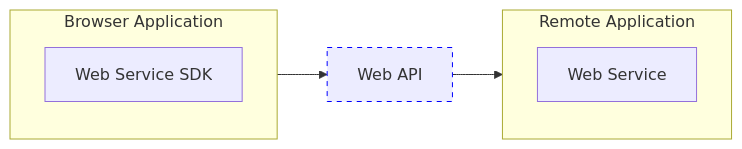
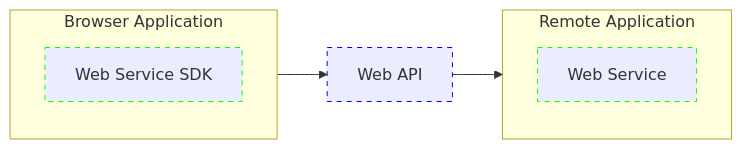
The diagram in docs/webAPI/architecture.mmd (bjacobgordon/shark-ui), drawn with Mermaid before and after one commit.

Commit message:
step: differentiates application modules

```diff
--- a/docs/webAPI/architecture.mmd
+++ b/docs/webAPI/architecture.mmd
@@ -1,17 +1,20 @@
 flowchart LR
-  classDef Contract stroke: #00F, stroke-dasharray: 5
+  classDef Contract          stroke: #00F, stroke-dasharray: 5
+  classDef ApplicationModule stroke: #0F0, stroke-dasharray: 5
 
   subgraph BrowserApplication[Browser Application]
     BrowserApplication_WebServiceSDK[Web Service SDK]
+    class BrowserApplication_WebServiceSDK ApplicationModule
   end
 
   BrowserApplication --> WebAPI
 
   WebAPI[Web API]
   class WebAPI Contract
 
   WebAPI --> RemoteApplication
 
   subgraph RemoteApplication[Remote Application]
     RemoteApplication_WebService[Web Service]
+    class RemoteApplication_WebService ApplicationModule
   end
```
